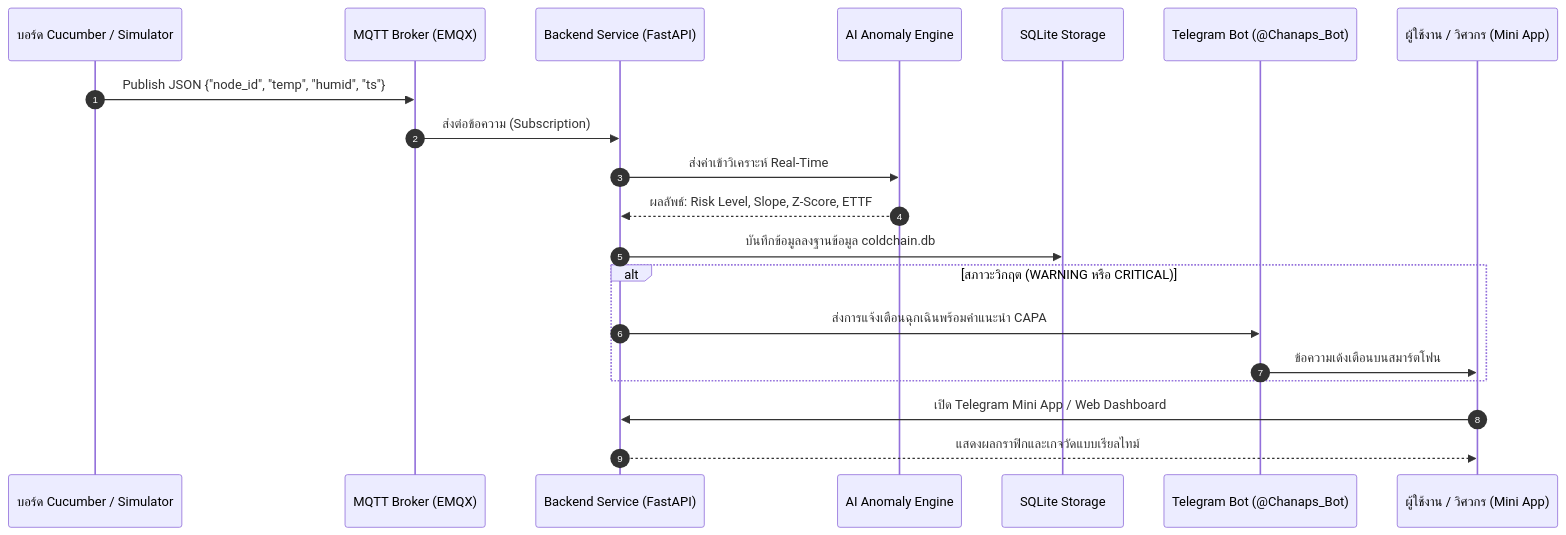
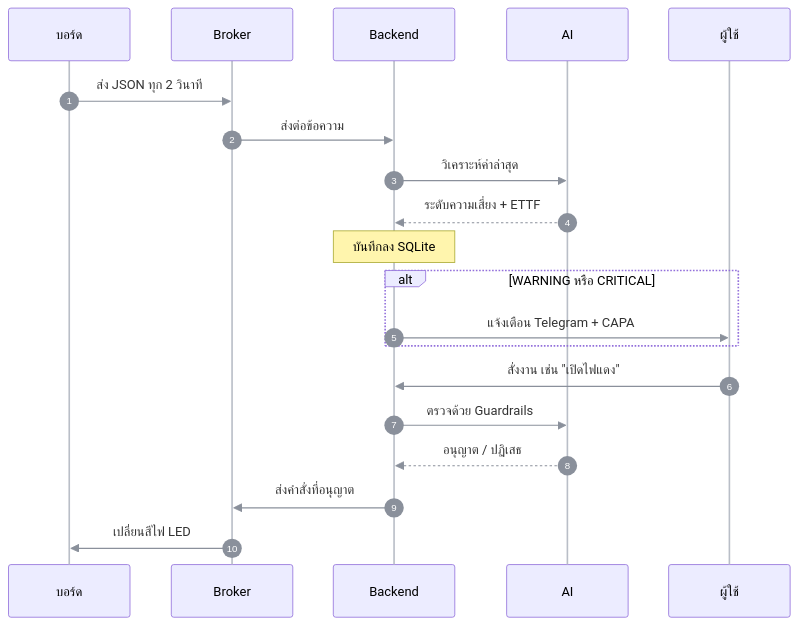
One commit to chanapasadudee-max/aiot-coldchain-monitor changed the diagram in docs/01_system_architecture.md. Above: the diagram before and after it, drawn with Mermaid. The commit also changed other lines of this file and 13 other files, not shown here.

````diff
--- a/docs/01_system_architecture.md
+++ b/docs/01_system_architecture.md
@@ -19,23 +19,24 @@
 ```mermaid
+%%{init: {"themeVariables": {"actorLineColor": "#b9bec7", "signalColor": "#8a909b"}}}%%
 sequenceDiagram
     autonumber
-    participant C as บอร์ด Cucumber / Simulator
-    participant M as MQTT Broker (EMQX)
-    participant B as Backend Service (FastAPI)
-    participant AI as AI Anomaly Engine
-    participant DB as SQLite Storage
-    participant TG as Telegram Bot (@Chanaps_Bot)
-    participant U as ผู้ใช้งาน / วิศวกร (Mini App)
+    participant C as บอร์ด
+    participant M as Broker
+    participant B as Backend
+    participant AI as AI
+    participant U as ผู้ใช้
 
-    C->>M: Publish JSON {"node_id", "temp", "humid", "ts"}
-    M->>B: ส่งต่อข้อความ (Subscription)
-    B->>AI: ส่งค่าเข้าวิเคราะห์ Real-Time
-    AI-->>B: ผลลัพธ์: Risk Level, Slope, Z-Score, ETTF
-    B->>DB: บันทึกข้อมูลลงฐานข้อมูล coldchain.db
-    alt สภาวะวิกฤต (WARNING หรือ CRITICAL)
-        B->>TG: ส่งการแจ้งเตือนฉุกเฉินพร้อมคำแนะนำ CAPA
-        TG->>U: ข้อความเด้งเตือนบนสมาร์ตโฟน
+    C->>M: ส่ง JSON ทุก 2 วินาที
+    M->>B: ส่งต่อข้อความ
+    B->>AI: วิเคราะห์ค่าล่าสุด
+    AI-->>B: ระดับความเสี่ยง + ETTF
+    Note over B: บันทึกลง SQLite
+    alt WARNING หรือ CRITICAL
+        B->>U: แจ้งเตือน Telegram + CAPA
     end
-    U->>B: เปิด Telegram Mini App / Web Dashboard
-    B-->>U: แสดงผลกราฟิกและเกจวัดแบบเรียลไทม์
+    U->>B: สั่งงาน เช่น "เปิดไฟแดง"
+    B->>AI: ตรวจด้วย Guardrails
+    AI-->>B: อนุญาต / ปฏิเสธ
+    B->>M: ส่งคำสั่งที่อนุญาต
+    M->>C: เปลี่ยนสีไฟ LED
 ```
````
